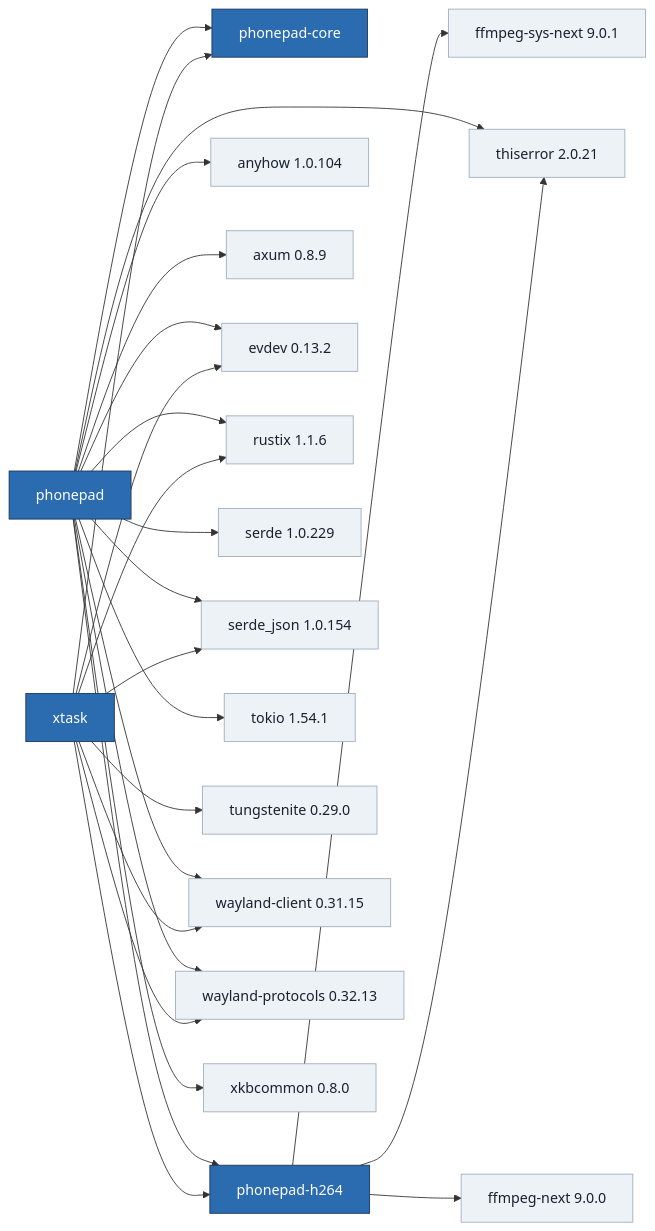
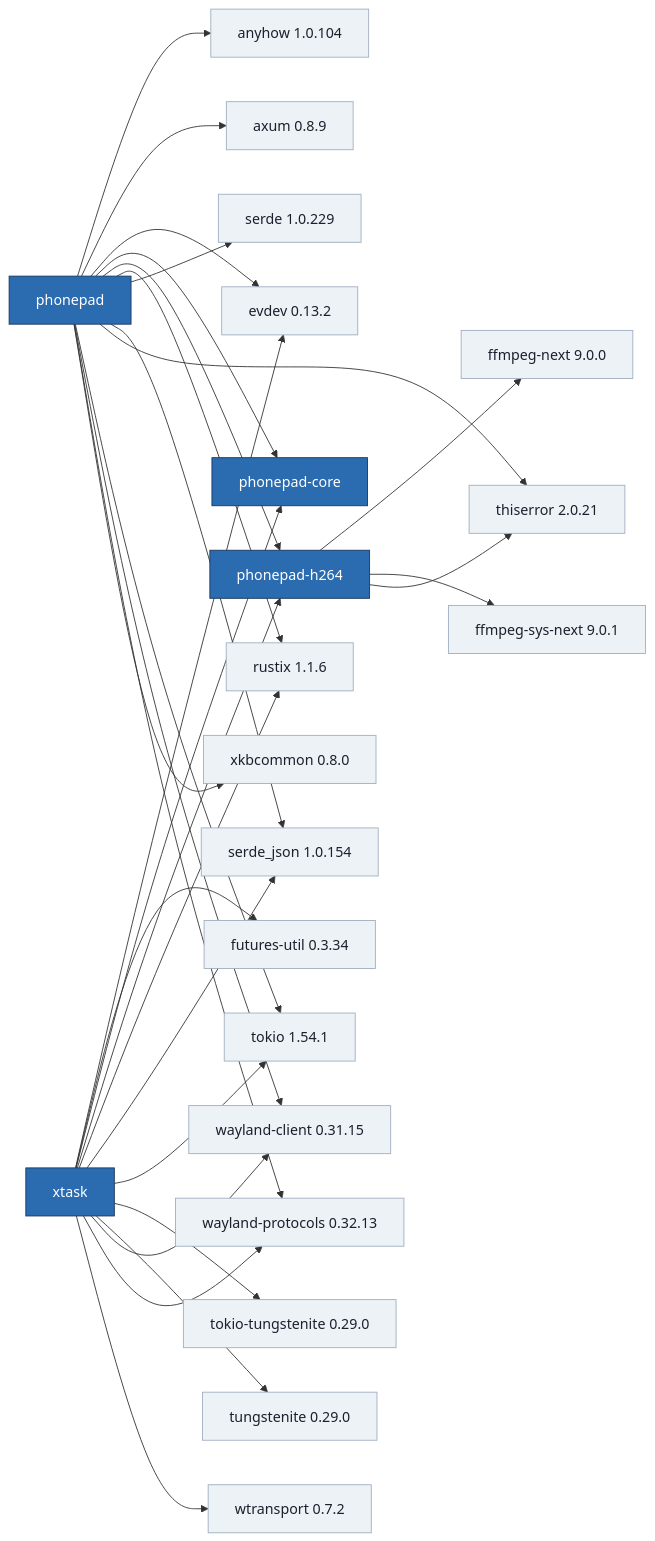
One commit to igouss/phonepad changed the diagram in docs/views/crate-graph.mmd. Above: the diagram before and after it, drawn with Mermaid. The commit also changed 19 other files, not shown here.

```diff
--- a/docs/views/crate-graph.mmd
+++ b/docs/views/crate-graph.mmd
@@ -1,45 +1,52 @@
 flowchart LR
   classDef workspace fill:#2b6cb0,stroke:#1a365d,color:#ffffff
   classDef external fill:#edf2f7,stroke:#a0aec0,color:#1a202c
   c_phonepad["phonepad"]:::workspace
   c_phonepad_core["phonepad-core"]:::workspace
   c_phonepad_h264["phonepad-h264"]:::workspace
   c_xtask["xtask"]:::workspace
   c_anyhow_1_0_104["anyhow 1.0.104"]:::external
   c_axum_0_8_9["axum 0.8.9"]:::external
   c_evdev_0_13_2["evdev 0.13.2"]:::external
   c_ffmpeg_next_9_0_0["ffmpeg-next 9.0.0"]:::external
   c_ffmpeg_sys_next_9_0_1["ffmpeg-sys-next 9.0.1"]:::external
+  c_futures_util_0_3_34["futures-util 0.3.34"]:::external
   c_rustix_1_1_6["rustix 1.1.6"]:::external
   c_serde_1_0_229["serde 1.0.229"]:::external
   c_serde_json_1_0_154["serde_json 1.0.154"]:::external
   c_thiserror_2_0_21["thiserror 2.0.21"]:::external
   c_tokio_1_54_1["tokio 1.54.1"]:::external
+  c_tokio_tungstenite_0_29_0["tokio-tungstenite 0.29.0"]:::external
   c_tungstenite_0_29_0["tungstenite 0.29.0"]:::external
   c_wayland_client_0_31_15["wayland-client 0.31.15"]:::external
   c_wayland_protocols_0_32_13["wayland-protocols 0.32.13"]:::external
+  c_wtransport_0_7_2["wtransport 0.7.2"]:::external
   c_xkbcommon_0_8_0["xkbcommon 0.8.0"]:::external
   c_phonepad --> c_anyhow_1_0_104
   c_phonepad --> c_axum_0_8_9
   c_phonepad --> c_evdev_0_13_2
   c_phonepad --> c_phonepad_core
   c_phonepad --> c_phonepad_h264
   c_phonepad --> c_rustix_1_1_6
   c_phonepad --> c_serde_1_0_229
   c_phonepad --> c_serde_json_1_0_154
   c_phonepad --> c_thiserror_2_0_21
   c_phonepad --> c_tokio_1_54_1
   c_phonepad --> c_wayland_client_0_31_15
   c_phonepad --> c_wayland_protocols_0_32_13
   c_phonepad --> c_xkbcommon_0_8_0
   c_phonepad_h264 --> c_ffmpeg_next_9_0_0
   c_phonepad_h264 --> c_ffmpeg_sys_next_9_0_1
   c_phonepad_h264 --> c_thiserror_2_0_21
   c_xtask --> c_evdev_0_13_2
+  c_xtask --> c_futures_util_0_3_34
   c_xtask --> c_phonepad_core
   c_xtask --> c_phonepad_h264
   c_xtask --> c_rustix_1_1_6
   c_xtask --> c_serde_json_1_0_154
+  c_xtask --> c_tokio_1_54_1
+  c_xtask --> c_tokio_tungstenite_0_29_0
   c_xtask --> c_tungstenite_0_29_0
   c_xtask --> c_wayland_client_0_31_15
   c_xtask --> c_wayland_protocols_0_32_13
+  c_xtask --> c_wtransport_0_7_2
```
